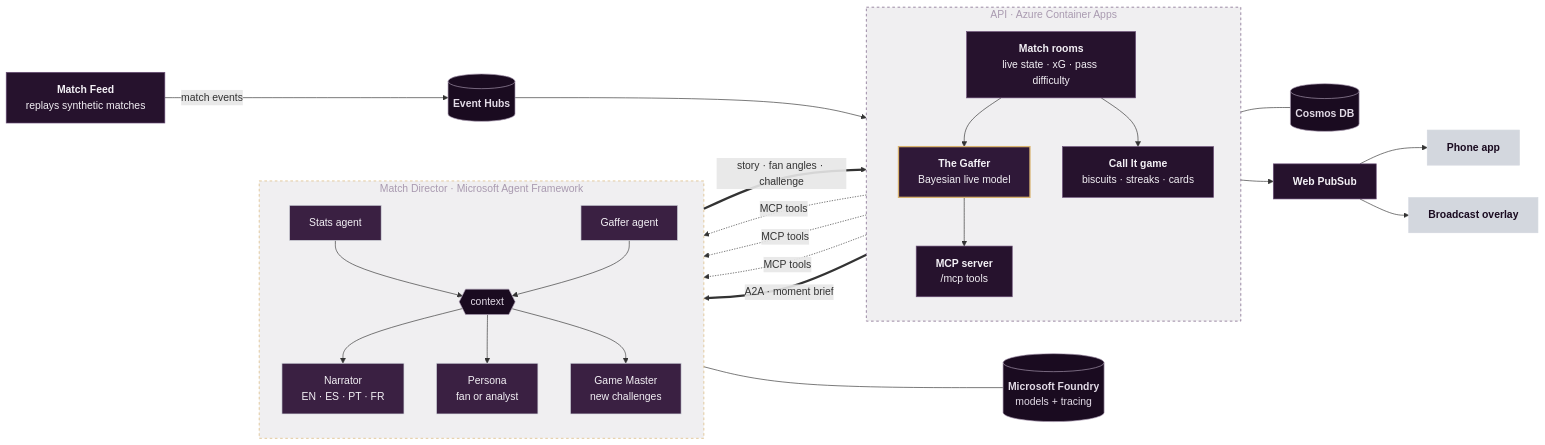
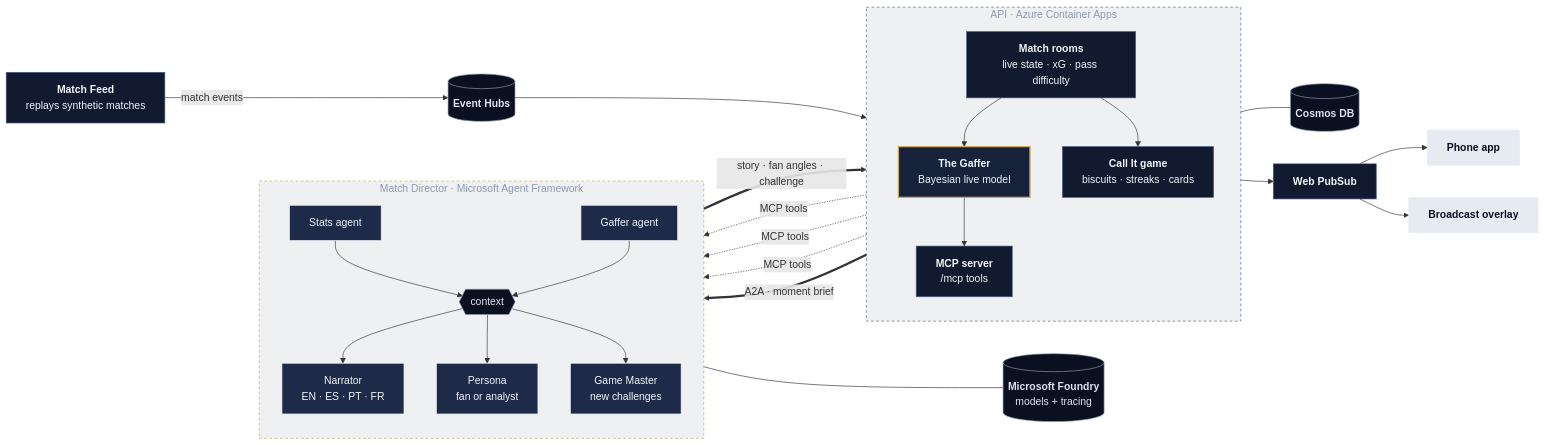
The first of 2 diagrams in README.md (bradhack/lasso), drawn with Mermaid before and after one commit. The commit also changed 4 other files, not shown here.

First line of the commit message:
Submission images, README diagram colors: Midnight palette, crests, Gaffer's Gauge

````diff
--- a/README.md
+++ b/README.md
@@ -22,55 +22,55 @@
 ```mermaid
 flowchart LR
     FEED["<b>Match Feed</b><br/>replays synthetic matches"] -->|match events| EH[("<b>Event Hubs</b>")]
     EH --> ROOM
 
     subgraph API["API · Azure Container Apps"]
         direction TB
         ROOM["<b>Match rooms</b><br/>live state · xG · pass difficulty"]
         GAFFER["<b>The Gaffer</b><br/>Bayesian live model"]
         MCP["<b>MCP server</b><br/>/mcp tools"]
         GAME["<b>Call It game</b><br/>biscuits · streaks · cards"]
         ROOM --> GAFFER --> MCP
         ROOM --> GAME
     end
 
     subgraph DIRECTOR["Match Director · Microsoft Agent Framework"]
         direction TB
         STATS["Stats agent"]
         GAF["Gaffer agent"]
         CTX{{"context"}}
         NAR["Narrator<br/>EN · ES · PT · FR"]
         PER["Persona<br/>fan or analyst"]
         GM["Game Master<br/>new challenges"]
         STATS --> CTX
         GAF --> CTX
         CTX --> NAR
         CTX --> PER
         CTX --> GM
     end
 
     ROOM == "A2A · moment brief" ==> DIRECTOR
     DIRECTOR == "story · fan angles · challenge" ==> ROOM
     MCP -. "MCP tools" .-> GAF
     MCP -. "MCP tools" .-> STATS
     MCP -. "MCP tools" .-> GM
     DIRECTOR --- FOUNDRY[("<b>Microsoft Foundry</b><br/>models + tracing")]
     GAME --- COSMOS[("<b>Cosmos DB</b>")]
     ROOM --> WPS["<b>Web PubSub</b>"]
     WPS --> APP["<b>Phone app</b>"]
     WPS --> OVL["<b>Broadcast overlay</b>"]
 
-    classDef svc fill:#26122D,stroke:#6B4F78,color:#F4F1F6
-    classDef star fill:#2F1838,stroke:#D8B26E,stroke-width:2px,color:#F4F1F6
-    classDef data fill:#1A0B20,stroke:#A99AB0,color:#E2DAE6
-    classDef agent fill:#3A2042,stroke:#D3D7DE,color:#F4F1F6
-    classDef client fill:#D3D7DE,stroke:#D3D7DE,color:#1A0B20
+    classDef svc fill:#111A2E,stroke:#475C85,color:#F2F5FA
+    classDef star fill:#16213A,stroke:#C9A45C,stroke-width:2px,color:#F2F5FA
+    classDef data fill:#0A1020,stroke:#8E9AB3,color:#DCE3EE
+    classDef agent fill:#1D2A48,stroke:#E6EBF2,color:#F2F5FA
+    classDef client fill:#E6EBF2,stroke:#E6EBF2,color:#0A1020
     class FEED,ROOM,MCP,GAME,WPS svc
     class GAFFER star
     class EH,COSMOS,FOUNDRY data
     class STATS,GAF,NAR,PER,GM agent
     class CTX data
     class APP,OVL client
-    style API fill:#1A0B2010,stroke:#6B4F78,stroke-dasharray:4 4,color:#A99AB0
-    style DIRECTOR fill:#1A0B2010,stroke:#D8B26E,stroke-dasharray:4 4,color:#A99AB0
+    style API fill:#0A102010,stroke:#475C85,stroke-dasharray:4 4,color:#8E9AB3
+    style DIRECTOR fill:#0A102010,stroke:#C9A45C,stroke-dasharray:4 4,color:#8E9AB3
 ```
````
